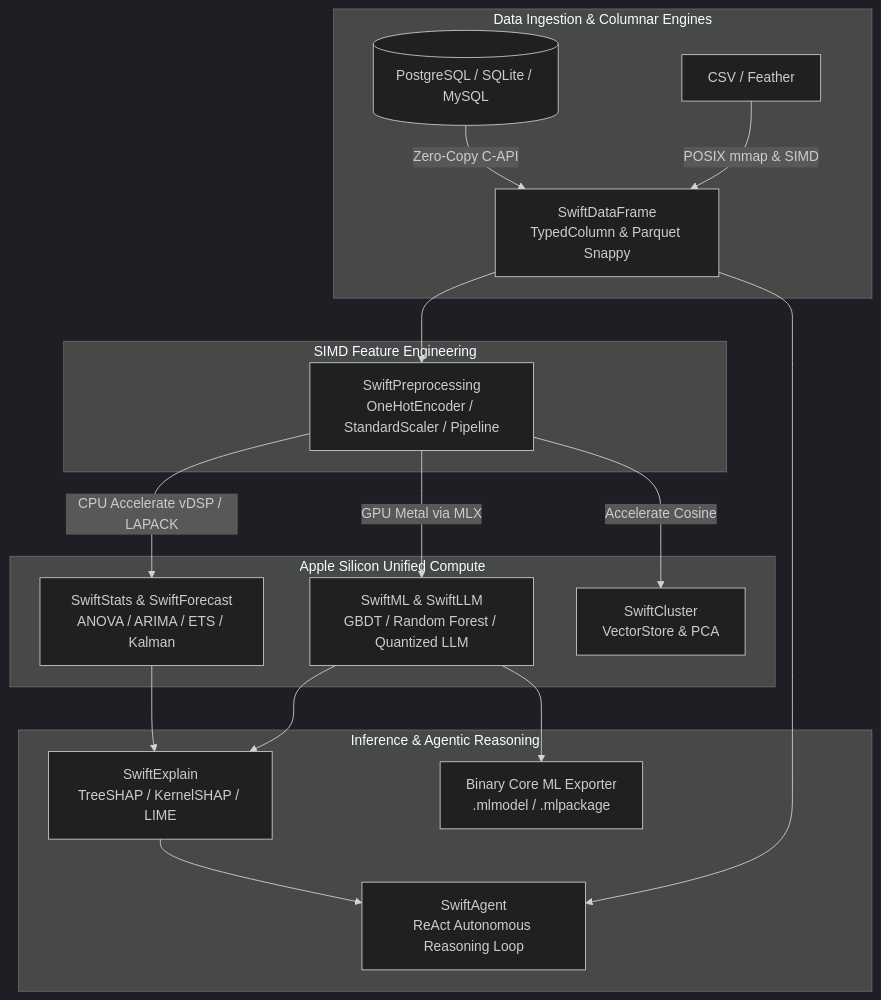
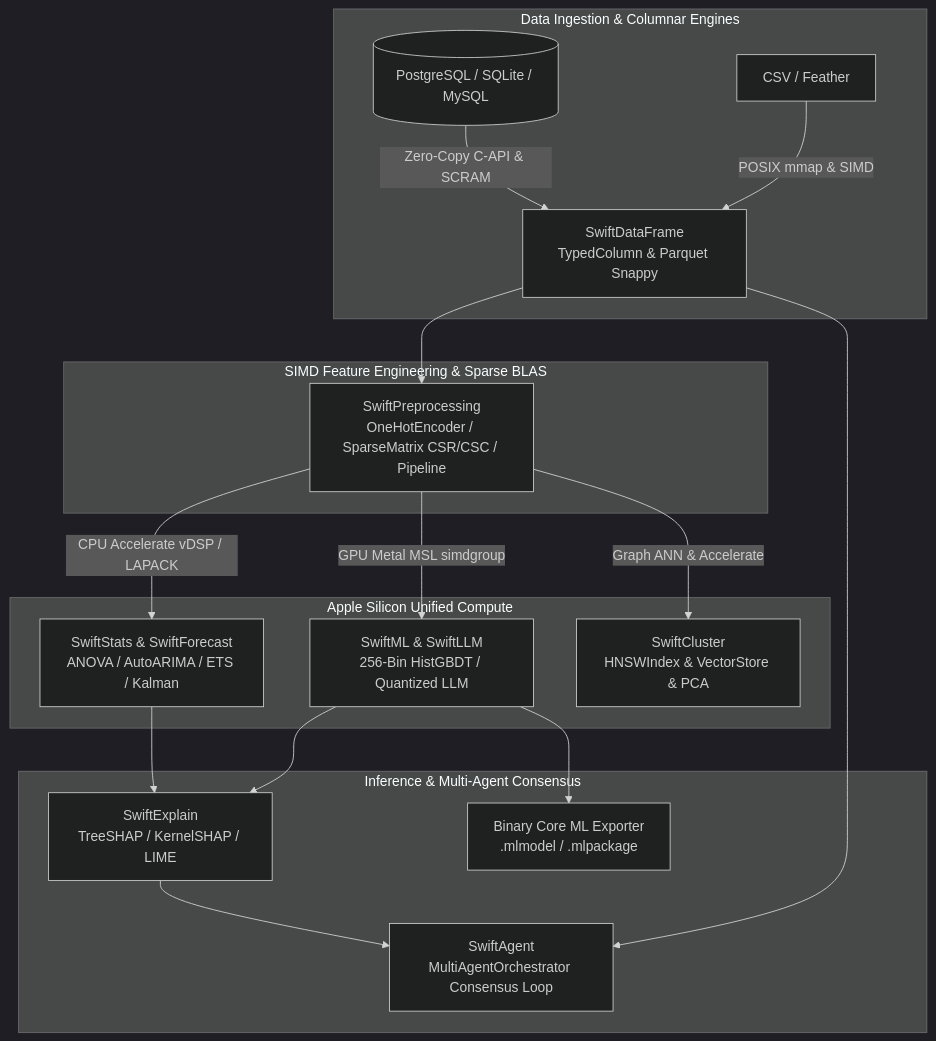
Before and after one commit to Nodibell/SwiftSci: the diagram in PRESENTATION.md, drawn with Mermaid (dark theme). The commit also changed other lines of this file, not shown here.

````diff
--- a/PRESENTATION.md
+++ b/PRESENTATION.md
@@ -230,23 +277,23 @@
 ```mermaid
 graph TD
     subgraph Data Layer [Data Ingestion & Columnar Engines]
-        SQL[(PostgreSQL / SQLite / MySQL)] -->|Zero-Copy C-API| DF[SwiftDataFrame<br/>TypedColumn & Parquet Snappy]
+        SQL[(PostgreSQL / SQLite / MySQL)] -->|Zero-Copy C-API & SCRAM| DF[SwiftDataFrame<br/>TypedColumn & Parquet Snappy]
         CSV[CSV / Feather] -->|POSIX mmap & SIMD| DF
     end
 
-    subgraph Preprocessing [SIMD Feature Engineering]
-        DF --> PREP[SwiftPreprocessing<br/>OneHotEncoder / StandardScaler / Pipeline]
+    subgraph Preprocessing [SIMD Feature Engineering & Sparse BLAS]
+        DF --> PREP[SwiftPreprocessing<br/>OneHotEncoder / SparseMatrix CSR/CSC / Pipeline]
     end
 
     subgraph Compute Engines [Apple Silicon Unified Compute]
-        PREP -->|CPU Accelerate vDSP / LAPACK| STATS[SwiftStats & SwiftForecast<br/>ANOVA / ARIMA / ETS / Kalman]
-        PREP -->|GPU Metal via MLX| ML[SwiftML & SwiftLLM<br/>GBDT / Random Forest / Quantized LLM]
-        PREP -->|Accelerate Cosine| CLUSTER[SwiftCluster<br/>VectorStore & PCA]
+        PREP -->|CPU Accelerate vDSP / LAPACK| STATS[SwiftStats & SwiftForecast<br/>ANOVA / AutoARIMA / ETS / Kalman]
+        PREP -->|GPU Metal MSL simdgroup| ML[SwiftML & SwiftLLM<br/>256-Bin HistGBDT / Quantized LLM]
+        PREP -->|Graph ANN & Accelerate| CLUSTER[SwiftCluster<br/>HNSWIndex & VectorStore & PCA]
     end
 
-    subgraph Explainability & Decision [Inference & Agentic Reasoning]
+    subgraph Explainability & Decision [Inference & Multi-Agent Consensus]
         ML & STATS --> EXPLAIN[SwiftExplain<br/>TreeSHAP / KernelSHAP / LIME]
-        EXPLAIN & DF --> AGENT[SwiftAgent<br/>ReAct Autonomous Reasoning Loop]
+        EXPLAIN & DF --> AGENT[SwiftAgent<br/>MultiAgentOrchestrator Consensus Loop]
         ML --> COREML[Binary Core ML Exporter<br/>.mlmodel / .mlpackage]
     end
 ```
````
